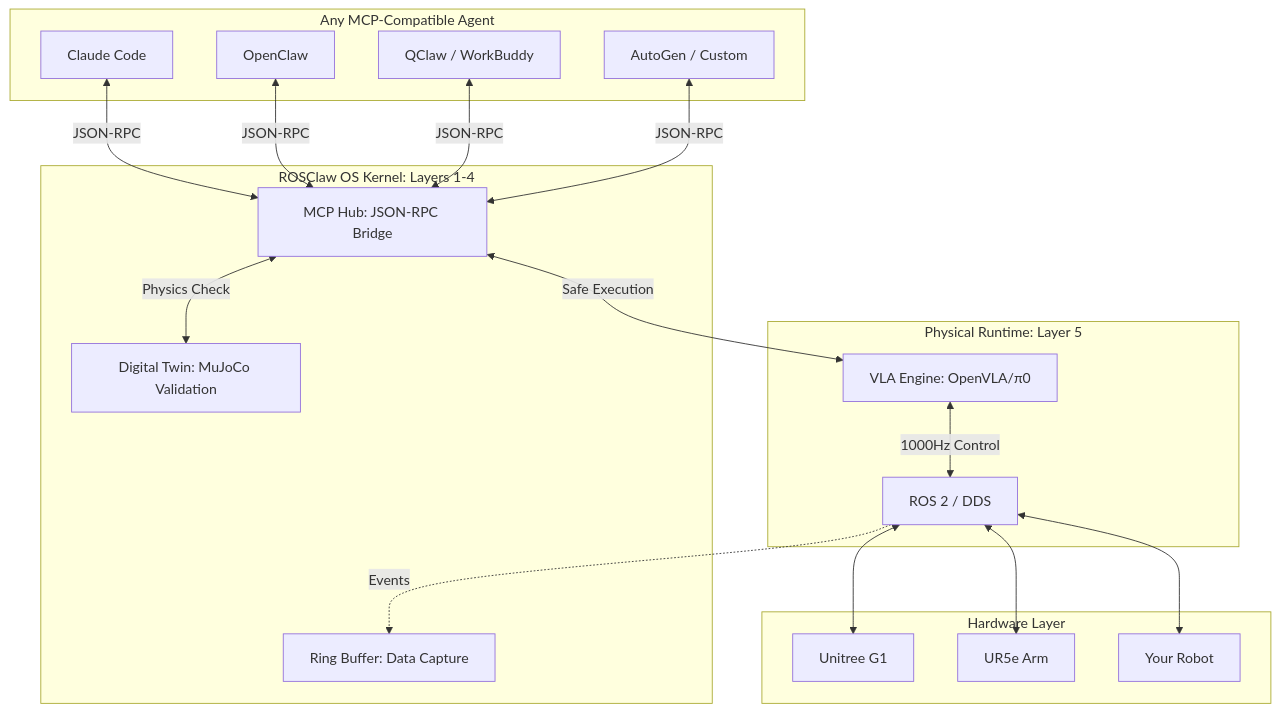
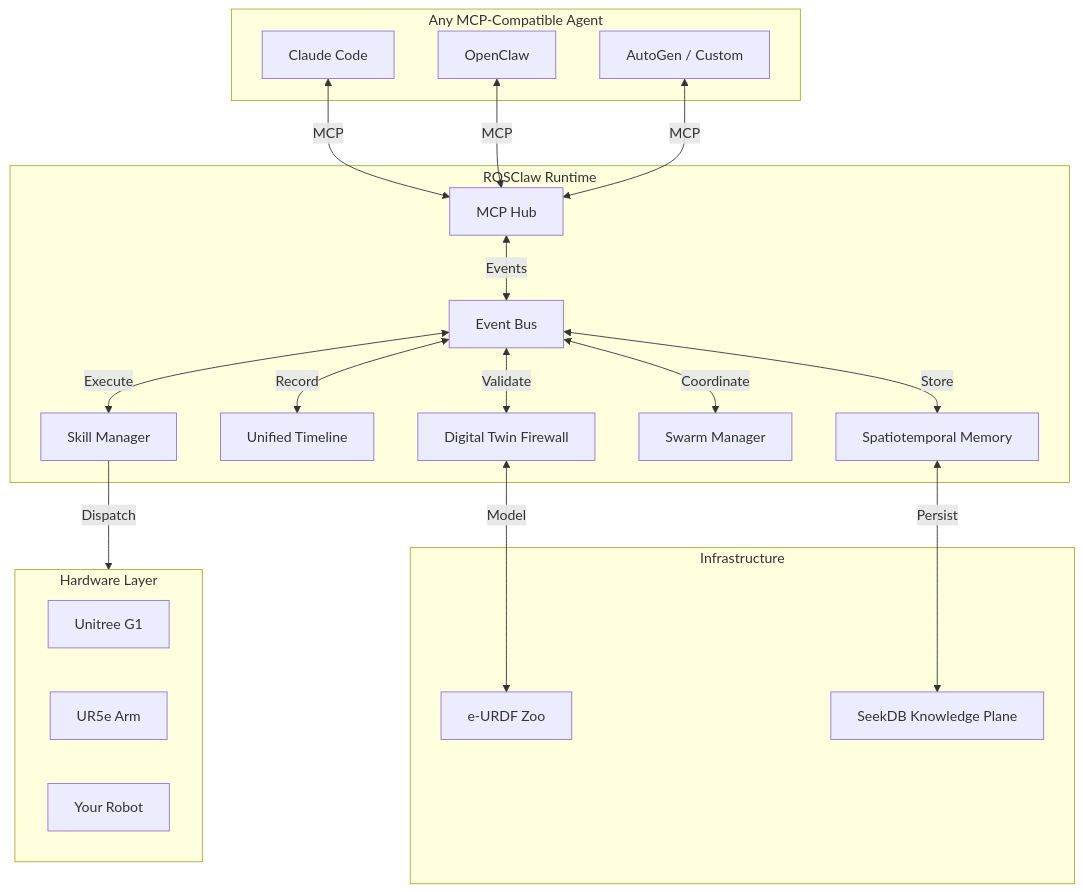
The diagram in README.md (ros-claw/rosclaw), drawn with Mermaid before and after one commit. The commit also changed other lines of this file and 6 other files, not shown here.

First line of the commit message:
feat(v1.0): Physical Intelligence grounding architecture

````diff
--- a/README.md
+++ b/README.md
@@ -71,33 +71,40 @@
 ```mermaid
 graph TD
     subgraph Agents[Any MCP-Compatible Agent]
         CC[Claude Code]
         OC[OpenClaw]
-        QB[QClaw / WorkBuddy]
         AC[AutoGen / Custom]
     end
 
-    subgraph OS[ROSClaw OS Kernel: Layers 1-4]
-        MCP[MCP Hub: JSON-RPC Bridge]
-        DT[Digital Twin: MuJoCo Validation]
-        RB[Ring Buffer: Data Capture]
+    subgraph Runtime[ROSClaw Runtime]
+        MCP[MCP Hub]
+        EB[Event Bus]
+        FW[Digital Twin Firewall]
+        TM[Unified Timeline]
+        MEM[Spatiotemporal Memory]
+        SW[Swarm Manager]
+        SK[Skill Manager]
     end
 
-    subgraph Runtime[Physical Runtime: Layer 5]
-        VLA[VLA Engine: OpenVLA/π0]
-        ROS2[ROS 2 / DDS]
+    subgraph Infra[Infrastructure]
+        EURDF[e-URDF Zoo]
+        SKDB[SeekDB Knowledge Plane]
     end
 
-    subgraph Hardware[Hardware Layer]
+    subgraph HW[Hardware Layer]
         G1[Unitree G1]
         UR5[UR5e Arm]
         Other[Your Robot]
     end
 
-    CC & OC & QB & AC <-->|JSON-RPC| MCP
-    MCP <-->|Physics Check| DT
-    MCP <-->|Safe Execution| VLA
-    VLA <-->|1000Hz Control| ROS2
-    ROS2 <--> G1 & UR5 & Other
-    ROS2 -.->|Events| RB
+    CC & OC & AC <-->|MCP| MCP
+    MCP <-->|Events| EB
+    EB <-->|Validate| FW
+    EB <-->|Record| TM
+    EB <-->|Store| MEM
+    EB <-->|Coordinate| SW
+    EB <-->|Execute| SK
+    FW <-->|Model| EURDF
+    MEM <-->|Persist| SKDB
+    SK -->|Dispatch| HW
 ```
````
